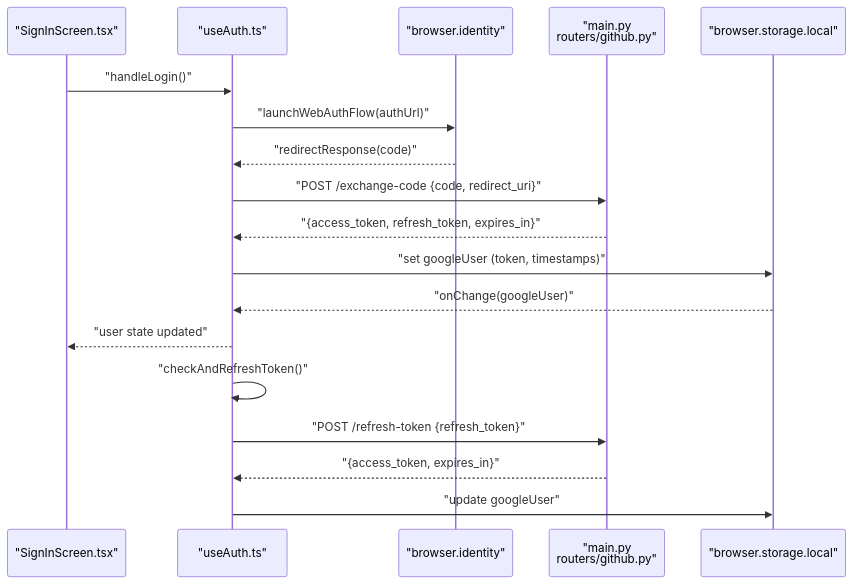
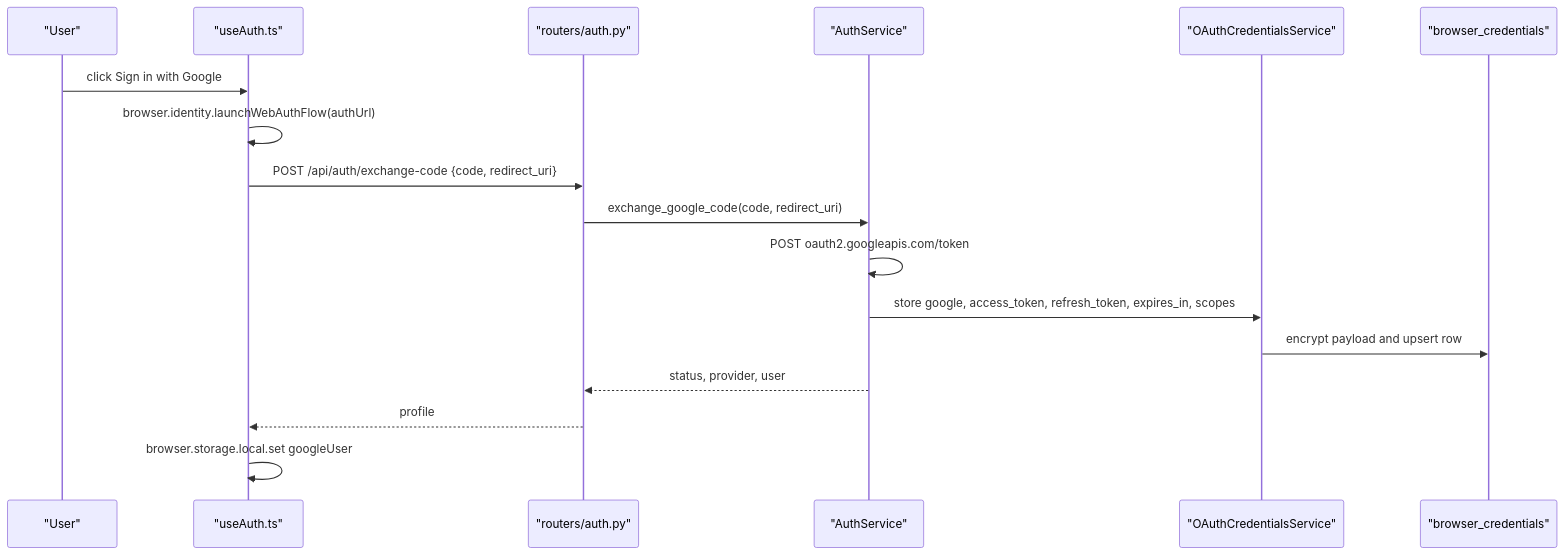
Before and after one commit to tashifkhan/tashif.codes: the second of 6 diagrams in src/data/docs/agentic-browser/Browser Extension/Authentication System.md, drawn with Mermaid. The commit also changed other lines of this file and 114 other files, not shown here.

````diff
--- a/src/data/docs/agentic-browser/Browser Extension/Authentication System.md
+++ b/src/data/docs/agentic-browser/Browser Extension/Authentication System.md
@@ -57,20 +67,19 @@
 ```mermaid
 sequenceDiagram
-participant UI as "SignInScreen.tsx"
-participant Hook as "useAuth.ts"
-participant Browser as "browser.identity"
-participant Backend as "main.py<br/>routers/github.py"
-participant Store as "browser.storage.local"
-UI->>Hook : "handleLogin()"
-Hook->>Browser : "launchWebAuthFlow(authUrl)"
-Browser-->>Hook : "redirectResponse(code)"
-Hook->>Backend : "POST /exchange-code {code, redirect_uri}"
-Backend-->>Hook : "{access_token, refresh_token, expires_in}"
-Hook->>Store : "set googleUser (token, timestamps)"
-Store-->>Hook : "onChange(googleUser)"
-Hook-->>UI : "user state updated"
-Hook->>Hook : "checkAndRefreshToken()"
-Hook->>Backend : "POST /refresh-token {refresh_token}"
-Backend-->>Hook : "{access_token, expires_in}"
-Hook->>Store : "update googleUser"
+  participant User as "User"
+  participant Ext as "useAuth.ts"
+  participant API as "routers/auth.py"
+  participant Svc as "AuthService"
+  participant Cred as "OAuthCredentialsService"
+  participant DB as "browser_credentials"
+  User->>Ext : click Sign in with Google
+  Ext->>Ext : browser.identity.launchWebAuthFlow(authUrl)
+  Ext->>API : POST /api/auth/exchange-code {code, redirect_uri}
+  API->>Svc : exchange_google_code(code, redirect_uri)
+  Svc->>Svc : POST oauth2.googleapis.com/token
+  Svc->>Cred : store google, access_token, refresh_token, expires_in, scopes
+  Cred->>DB : encrypt payload and upsert row
+  Svc-->>API : status, provider, user
+  API-->>Ext : profile
+  Ext->>Ext : browser.storage.local.set googleUser
 ```
````
